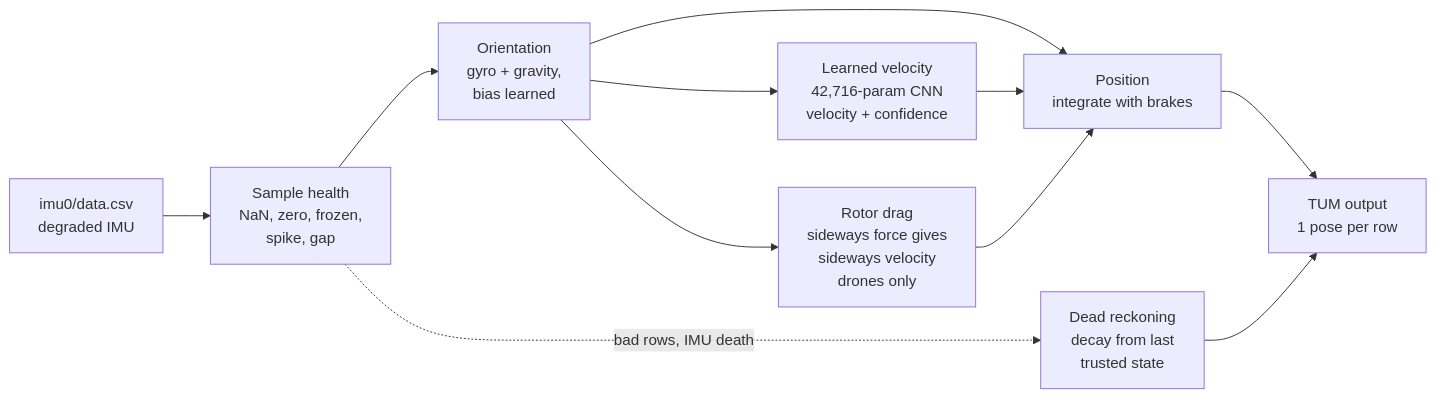
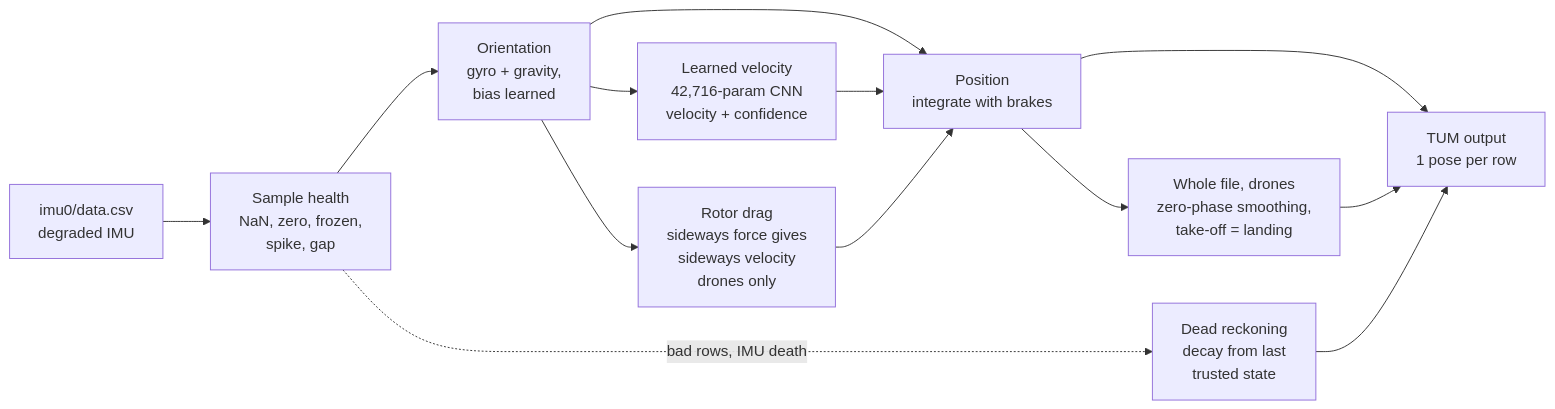
Before and after one commit to rehaanajani/pathfinder-xr: the diagram in README.md, drawn with Mermaid. The commit also changed other lines of this file and 8 other files, not shown here.

````diff
--- a/README.md
+++ b/README.md
@@ -102,13 +120,15 @@
 ```mermaid
 flowchart LR
     A[imu0/data.csv<br/>degraded IMU] --> B[Sample health<br/>NaN, zero, frozen,<br/>spike, gap]
     B --> C[Orientation<br/>gyro + gravity,<br/>bias learned]
     C --> D[Position<br/>integrate with brakes]
     D --> E[TUM output<br/>1 pose per row]
     C --> N[Learned velocity<br/>42,716-param CNN<br/>velocity + confidence]
     N --> D
     C --> K[Rotor drag<br/>sideways force gives<br/>sideways velocity<br/>drones only]
     K --> D
+    D --> S[Whole file, drones<br/>zero-phase smoothing,<br/>take-off = landing]
+    S --> E
     B -. bad rows, IMU death .-> R[Dead reckoning<br/>decay from last<br/>trusted state]
     R --> E
 ```
````
